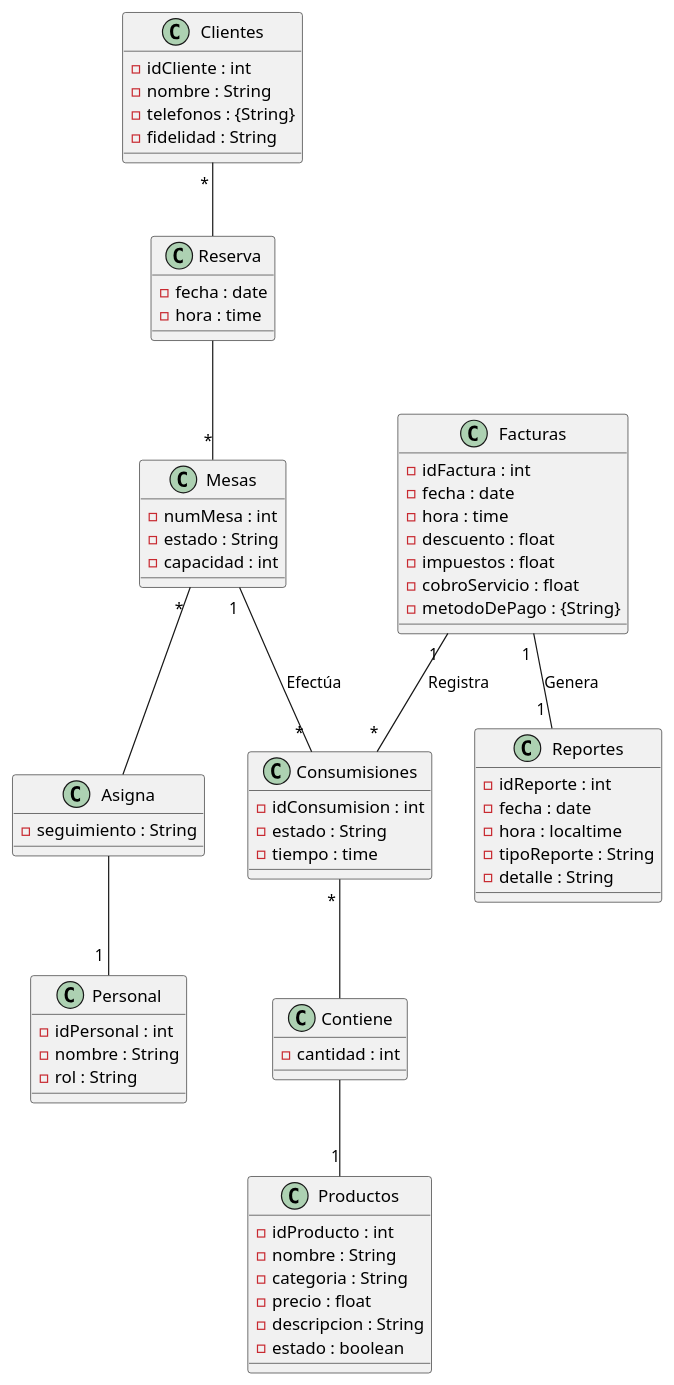
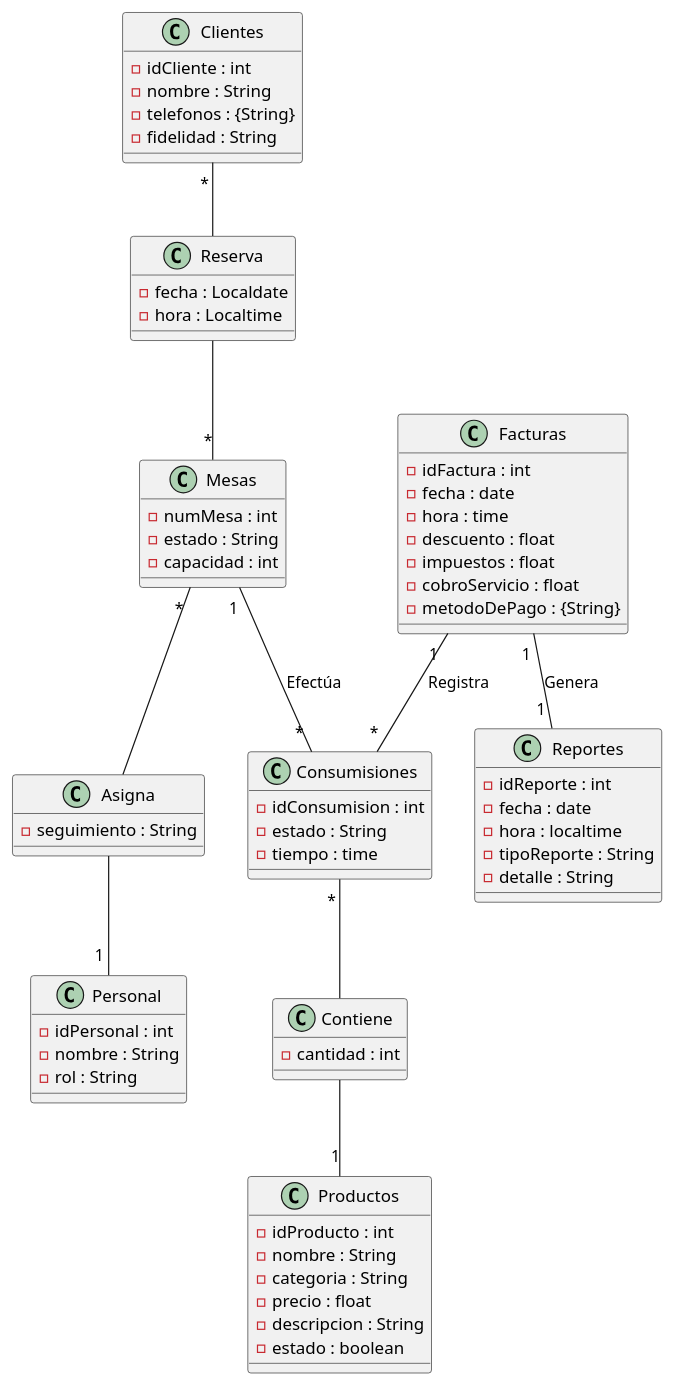
The diagram in src/Diagrama MER.puml (MrLuksR/Proyecto-Final-Restaurante), drawn with PlantUML before and after one commit. The commit also changed 2 other files, not shown here.

Commit message:
Algunos cambios en UML

```diff
--- a/src/Diagrama MER.puml
+++ b/src/Diagrama MER.puml
@@ -1,78 +1,78 @@
 @startuml
 
 class Clientes {
   - idCliente : int
   - nombre : String
   - telefonos : {String}
   - fidelidad : String
 }
 
 class Mesas {
   - numMesa : int
   - estado : String
   - capacidad : int
 }
 
 class Personal {
   - idPersonal : int
   - nombre : String
   - rol : String
 }
 
 class Reserva {
-  - fecha : date
-  - hora : time
+  - fecha : Localdate
+  - hora : Localtime
 }
 
 class Asigna {
   - seguimiento : String
 }
 
 class Consumisiones {
   - idConsumision : int
   - estado : String
   - tiempo : time
 }
 
 class Contiene {
   - cantidad : int
 }
 
 class Productos {
   - idProducto : int
   - nombre : String
   - categoria : String
   - precio : float
   - descripcion : String
   - estado : boolean
 }
 
 class Facturas {
   - idFactura : int
   - fecha : date
   - hora : time
   - descuento : float
   - impuestos : float
   - cobroServicio : float
   - metodoDePago : {String}
 }
 
 class Reportes {
   - idReporte : int
   - fecha : date
   - hora : localtime
   - tipoReporte : String
   - detalle : String
 }
 
 Clientes " * " -- " " Reserva
 Reserva " " -- "*" Mesas
 Mesas " * " -- " " Asigna
 Asigna " " -- " 1 " Personal
 Mesas " 1 " -- " * " Consumisiones : Efectúa
 Consumisiones " * " -- " " Contiene
 Contiene " " -- "1" Productos
 Facturas " 1 " -- " * " Consumisiones : Registra
 Facturas " 1 " -- " 1 " Reportes : Genera
 
 @enduml
```
